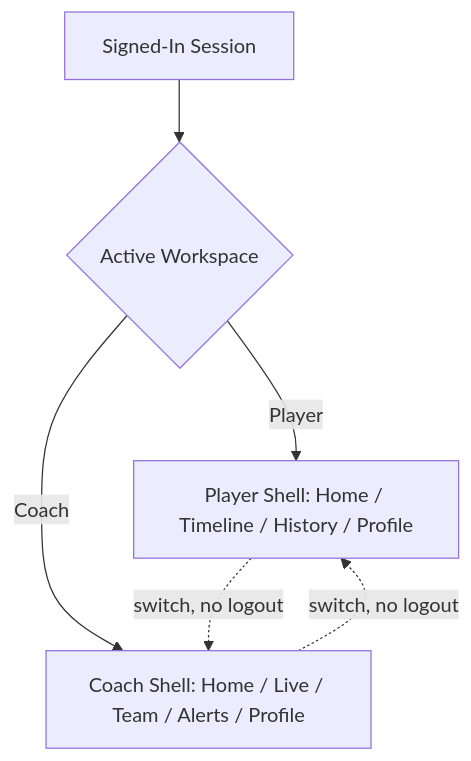
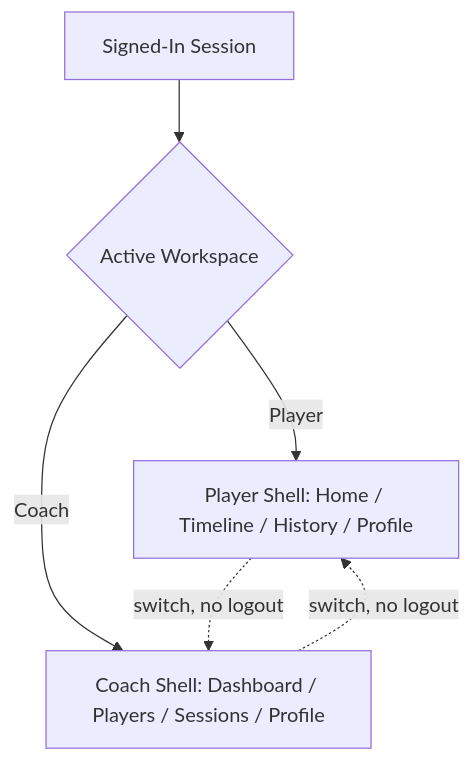
Before and after one commit to jv-013/vikzar-app: the first of 8 diagrams in DESIGN_SPECIFICATION.md, drawn with Mermaid. The commit also changed 58 other files, not shown here.

````diff
--- a/DESIGN_SPECIFICATION.md
+++ b/DESIGN_SPECIFICATION.md
@@ -333,8 +333,8 @@
 ```mermaid
 flowchart TD
     A[Signed-In Session] --> B{Active Workspace}
     B -->|Player| C[Player Shell: Home / Timeline / History / Profile]
-    B -->|Coach| D[Coach Shell: Home / Live / Team / Alerts / Profile]
+    B -->|Coach| D[Coach Shell: Dashboard / Players / Sessions / Profile]
     C -.switch, no logout.-> D
     D -.switch, no logout.-> C
 ```
````
